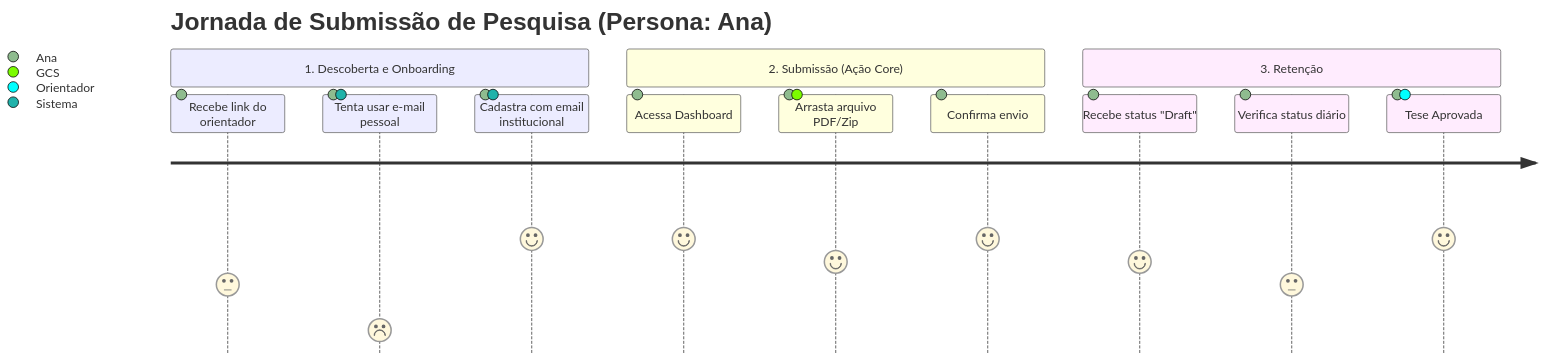
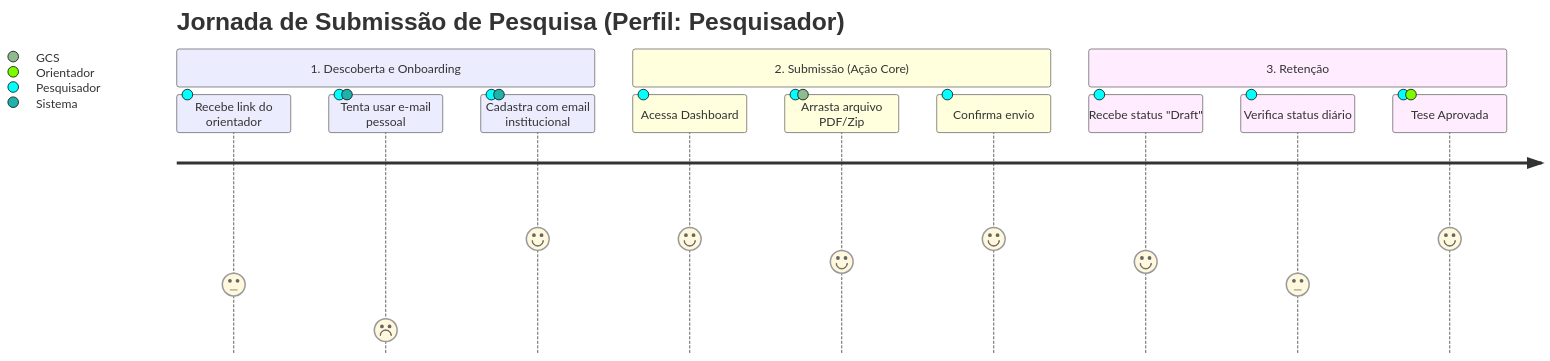
One commit to pedrohpsantos/EdTech changed the first of 3 diagrams in docs/produto/estrategia_e_descoberta/jornadas.md. Above: the diagram before and after it, drawn with Mermaid. The commit also changed other lines of this file and 9 other files, not shown here.

````diff
--- a/docs/produto/estrategia_e_descoberta/jornadas.md
+++ b/docs/produto/estrategia_e_descoberta/jornadas.md
@@ -30,16 +30,16 @@
 ```mermaid
 journey
-    title Jornada de Submissão de Pesquisa (Persona: Ana)
+    title Jornada de Submissão de Pesquisa (Perfil: Pesquisador)
     section 1. Descoberta e Onboarding
-      Recebe link do orientador: 3: Ana
-      Tenta usar e-mail pessoal: 1: Ana, Sistema
-      Cadastra com email institucional: 5: Ana, Sistema
+      Recebe link do orientador: 3: Pesquisador
+      Tenta usar e-mail pessoal: 1: Pesquisador, Sistema
+      Cadastra com email institucional: 5: Pesquisador, Sistema
     section 2. Submissão (Ação Core)
-      Acessa Dashboard: 5: Ana
-      Arrasta arquivo PDF/Zip: 4: Ana, GCS
-      Confirma envio: 5: Ana
+      Acessa Dashboard: 5: Pesquisador
+      Arrasta arquivo PDF/Zip: 4: Pesquisador, GCS
+      Confirma envio: 5: Pesquisador
     section 3. Retenção
-      Recebe status "Draft": 4: Ana
-      Verifica status diário: 3: Ana
-      Tese Aprovada: 5: Ana, Orientador
+      Recebe status "Draft": 4: Pesquisador
+      Verifica status diário: 3: Pesquisador
+      Tese Aprovada: 5: Pesquisador, Orientador
 ```
````
